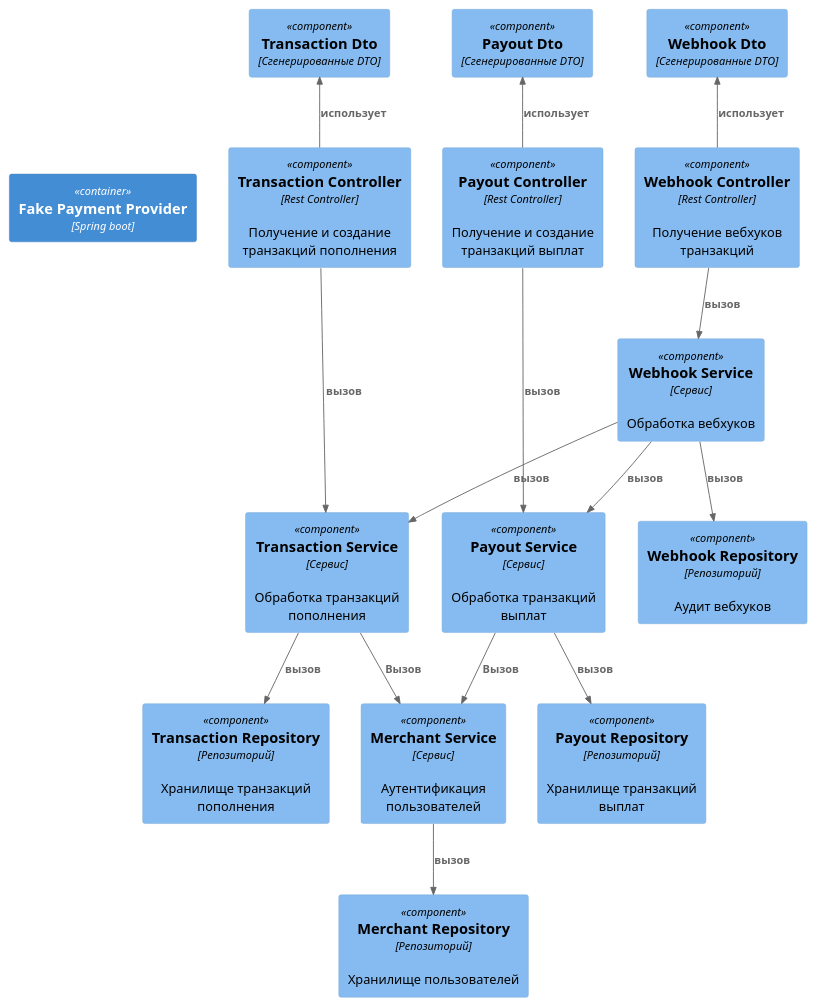
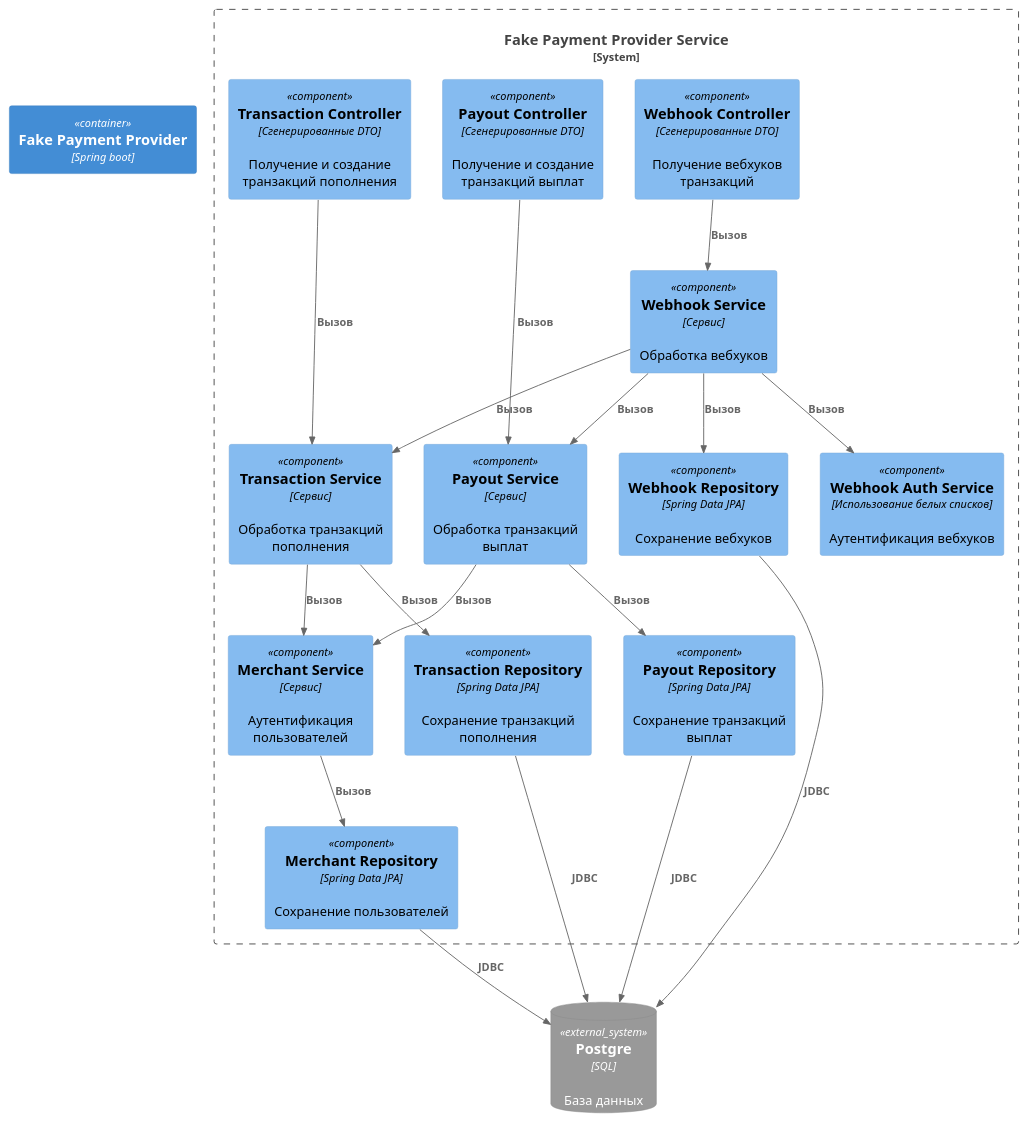
Before and after one commit to diamam90/payment-system: the diagram in diagram/fake-payment-provider-component.puml, drawn with PlantUML. The commit also changed 11 other files, not shown here.

```diff
--- a/diagram/fake-payment-provider-component.puml
+++ b/diagram/fake-payment-provider-component.puml
@@ -1,47 +1,49 @@
 @startuml
 !includeurl https://raw.githubusercontent.com/plantuml-stdlib/C4-PlantUML/master/C4_Component.puml
 
 Container(fakePaymentProviderContainer,"Fake Payment Provider","Spring boot")
 
-Component(transactionController, "Transaction Controller", "Rest Controller", "Получение и создание транзакций пополнения")
-Component(payoutController, "Payout Controller", "Rest Controller", "Получение и создание транзакций выплат")
-Component(webhookController, "Webhook Controller", "Rest Controller", "Получение вебхуков транзакций")
+System_Boundary(container,"Fake Payment Provider Service") {
+    Component(transactionController, "Transaction Controller", "Сгенерированные DTO", "Получение и создание транзакций пополнения")
+    Component(payoutController, "Payout Controller", "Сгенерированные DTO", "Получение и создание транзакций выплат")
+    Component(webhookController, "Webhook Controller", "Сгенерированные DTO", "Получение вебхуков транзакций")
 
-Component(transactionService, "Transaction Service","Сервис","Обработка транзакций пополнения")
-Component(payoutService, "Payout Service", "Сервис", "Обработка транзакций выплат")
-Component(webhookService, "Webhook Service","Сервис", "Обработка вебхуков")
-Component(merchantService, "Merchant Service", "Сервис", "Аутентификация пользователей")
+    Component(transactionService, "Transaction Service","Сервис","Обработка транзакций пополнения")
+    Component(payoutService, "Payout Service", "Сервис", "Обработка транзакций выплат")
+    Component(webhookService, "Webhook Service","Сервис", "Обработка вебхуков")
+    Component(merchantService, "Merchant Service", "Сервис", "Аутентификация пользователей")
+    Component(webhookAuthService, "Webhook Auth Service", "Использование белых списков", "Аутентификация вебхуков")
 
-Component(transactionRepository, "Transaction Repository", "Репозиторий", "Хранилище транзакций пополнения")
-Component(payoutRepository, "Payout Repository", "Репозиторий", "Хранилище транзакций выплат")
-Component(webhookRepository, "Webhook Repository", "Репозиторий", "Аудит вебхуков")
-Component(merchantRepository, "Merchant Repository", "Репозиторий", "Хранилище пользователей")
+    Component(transactionRepository, "Transaction Repository", "Spring Data JPA", "Сохранение транзакций пополнения")
+    Component(payoutRepository, "Payout Repository", "Spring Data JPA", "Сохранение транзакций выплат")
+    Component(webhookRepository, "Webhook Repository", "Spring Data JPA", "Сохранение вебхуков")
+    Component(merchantRepository, "Merchant Repository", "Spring Data JPA", "Сохранение пользователей")
+}
 
-
-Component(transactionDto, "Transaction Dto", "Сгенерированные DTO")
-Component(payoutDto, "Payout Dto", "Сгенерированные DTO")
-Component(webhookDto, "Webhook Dto", "Сгенерированные DTO")
+SystemDb_Ext(psql, "Postgre", "База данных",  ,  ,  , SQL)
 
 Lay_R(fakePaymentProviderContainer, transactionController)
 Lay_R(transactionController, payoutController)
 Lay_R(payoutController, webhookController)
 
-Rel_D(transactionController,transactionService, "вызов")
-Rel_D(payoutController,payoutService, "вызов")
-Rel_D(webhookController,webhookService, "вызов")
+Rel_D(transactionController,transactionService, "Вызов")
+Rel_D(payoutController,payoutService, "Вызов")
+Rel_D(webhookController,webhookService, "Вызов")
 
-Rel(webhookService,payoutService, "вызов")
-Rel(webhookService,transactionService, "вызов")
+Rel(webhookService,payoutService, "Вызов")
+Rel(webhookService,transactionService, "Вызов")
+Rel_D(webhookService, webhookAuthService, "Вызов")
 
 Rel_D(transactionService, merchantService, "Вызов")
 Rel_D(payoutService, merchantService, "Вызов")
 
-Rel_D(transactionService,transactionRepository, "вызов")
-Rel_D(payoutService,payoutRepository, "вызов")
-Rel_D(webhookService,webhookRepository, "вызов")
-Rel_D(merchantService, merchantRepository, "вызов")
+Rel_D(transactionService,transactionRepository, "Вызов")
+Rel_D(payoutService,payoutRepository, "Вызов")
+Rel_D(webhookService,webhookRepository, "Вызов")
+Rel_D(merchantService, merchantRepository, "Вызов")
 
-Rel_U(transactionController, transactionDto, "использует")
-Rel_U(payoutController, payoutDto, "использует")
-Rel_U(webhookController, webhookDto, "использует")
+Rel_D(merchantRepository, psql, "JDBC")
+Rel_D(transactionRepository, psql, "JDBC")
+Rel_D(payoutRepository, psql, "JDBC")
+Rel_D(webhookRepository, psql, "JDBC")
 @enduml
```
